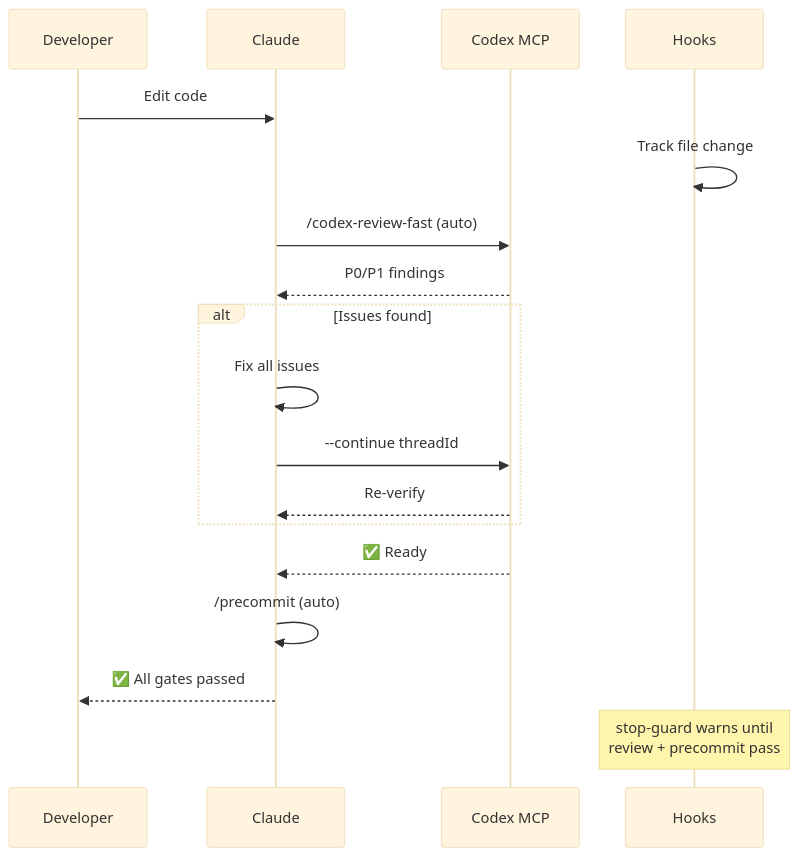
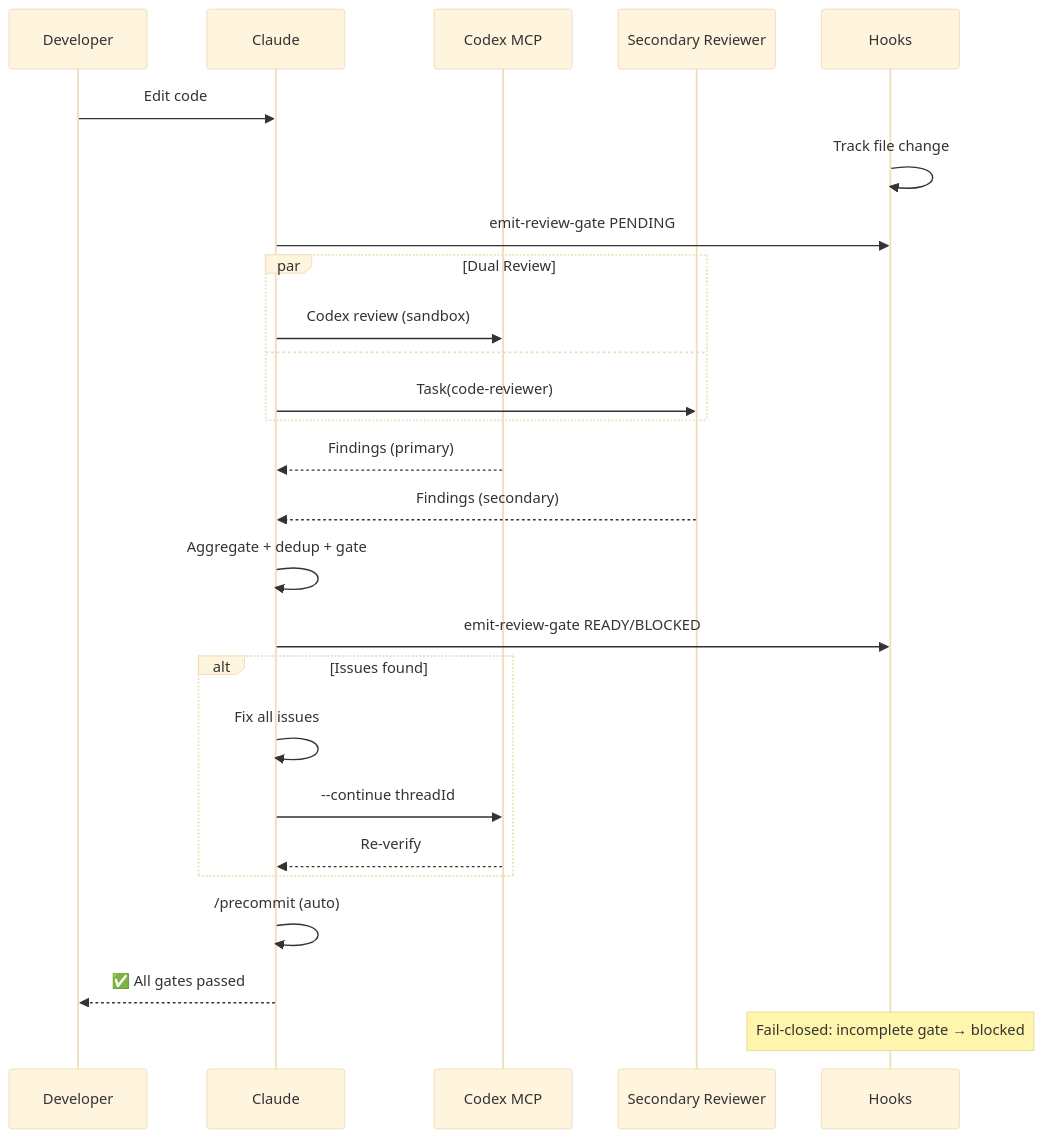
The second of 3 diagrams in README.es.md (jupiter-Pulin/Uranus-dev-flow), drawn with Mermaid (base theme) before and after one commit. The commit also changed other lines of this file and 5 other files, not shown here.

First line of the commit message:
docs: Restructure multilingual READMEs with dual-reviewer feature spotlight

````diff
--- a/README.es.md
+++ b/README.es.md
@@ -27,24 +47,32 @@
 ```mermaid
 sequenceDiagram
     participant D as Developer
     participant C as Claude
     participant X as Codex MCP
+    participant T as Secondary Reviewer
     participant H as Hooks
 
     D->>C: Edit code
     H->>H: Track file change
-    C->>X: /codex-review-fast (auto)
-    X-->>C: P0/P1 findings
+    C->>H: emit-review-gate PENDING
+    par Dual Review
+        C->>X: Codex review (sandbox)
+    and
+        C->>T: Task(code-reviewer)
+    end
+    X-->>C: Findings (primary)
+    T-->>C: Findings (secondary)
+    C->>C: Aggregate + dedup + gate
+    C->>H: emit-review-gate READY/BLOCKED
 
     alt Issues found
         C->>C: Fix all issues
         C->>X: --continue threadId
         X-->>C: Re-verify
     end
 
-    X-->>C: ✅ Ready
     C->>C: /precommit (auto)
     C-->>D: ✅ All gates passed
 
-    Note over H: stop-guard warns until<br/>review + precommit pass
+    Note over H: Fail-closed: incomplete gate → blocked
 ```
````
